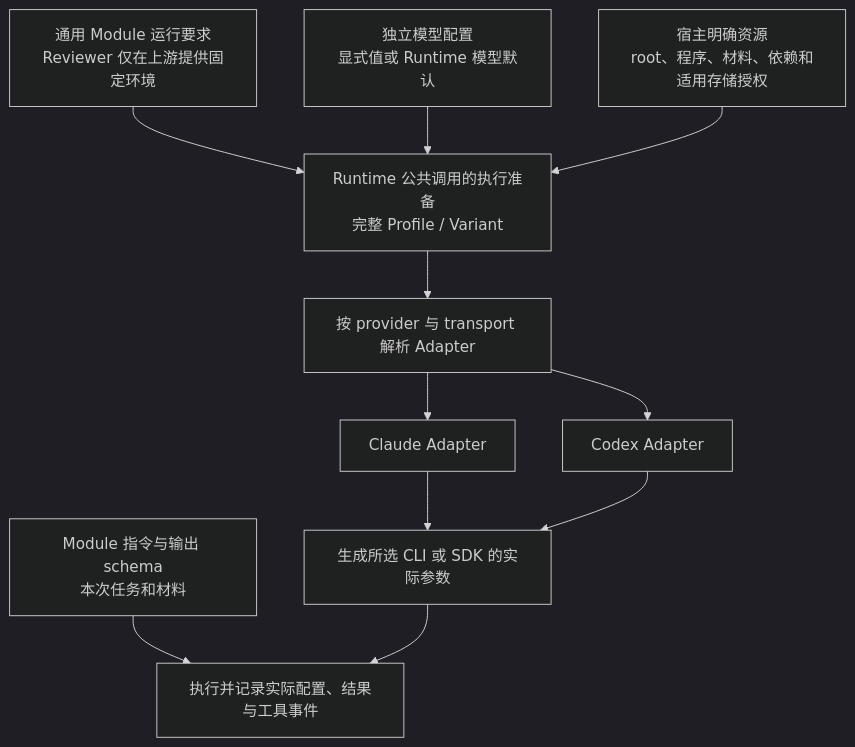
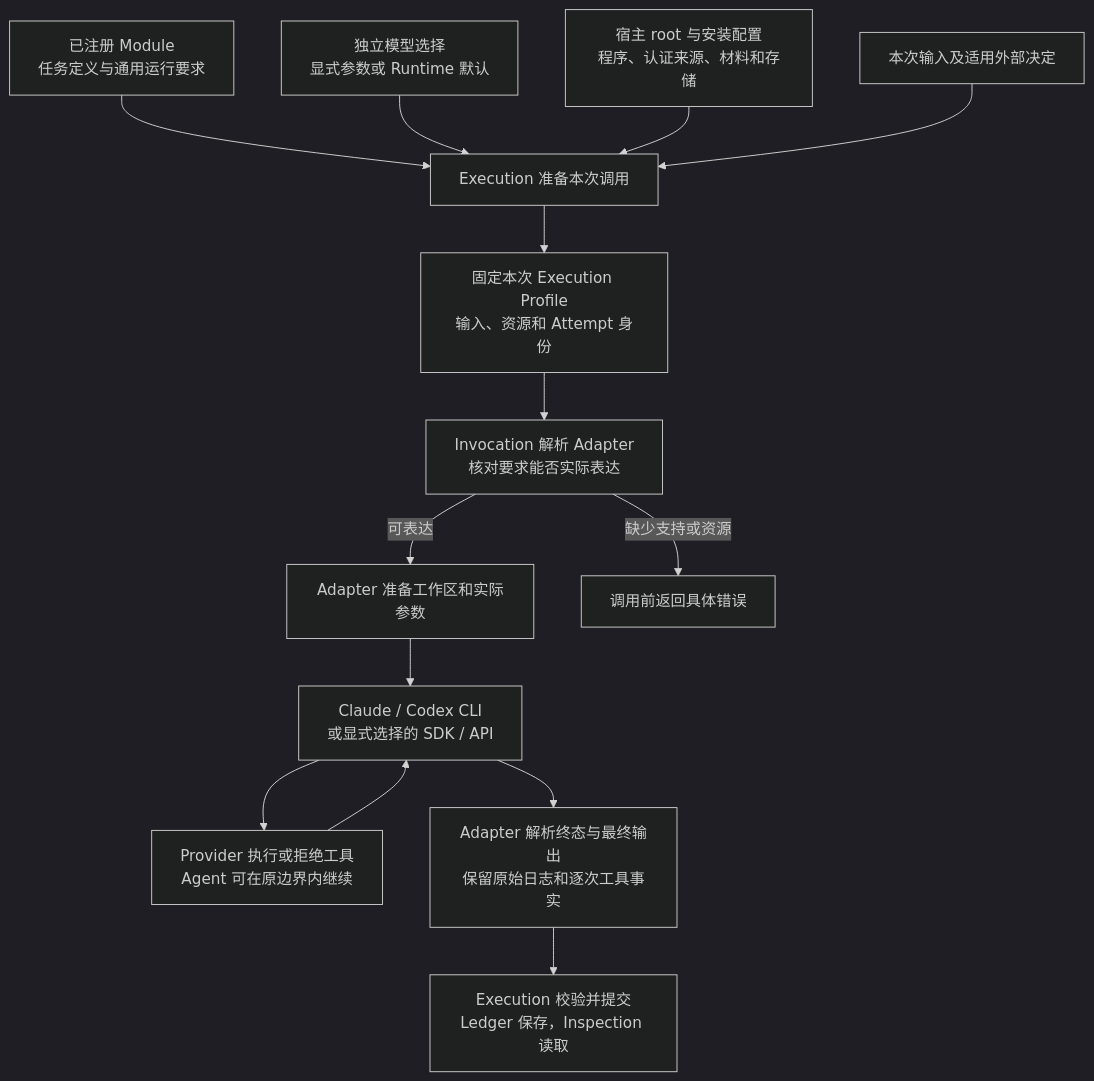
Before and after one commit to bobaoai/agent_runtime: the diagram in src/agent_runtime/design_contract/agent_runtime_08_agent_execution_adapter_contract.md, drawn with Mermaid (dark theme). The commit also changed other lines of this file and 2 other files, not shown here.

Commit message:
docs: define runtime environment and provider adaptation contract

````diff
--- a/src/agent_runtime/design_contract/agent_runtime_08_agent_execution_adapter_contract.md
+++ b/src/agent_runtime/design_contract/agent_runtime_08_agent_execution_adapter_contract.md
@@ -309,13 +34,16 @@
 ```mermaid
 flowchart TD
-    M["通用 Module 运行要求<br/>Reviewer 仅在上游提供固定环境"] --> P["Runtime 公共调用的执行准备<br/>完整 Profile / Variant"]
-    MC["独立模型配置<br/>显式值或 Runtime 模型默认"] --> P
-    P --> R["按 provider 与 transport 解析 Adapter"]
-    R --> C["Claude Adapter"]
-    R --> X["Codex Adapter"]
-    C --> A["生成所选 CLI 或 SDK 的实际参数"]
-    X --> A
-    H["宿主明确资源<br/>root、程序、材料、依赖和适用存储授权"] --> P
-    I["Module 指令与输出 schema<br/>本次任务和材料"] --> E["执行并记录实际配置、结果与工具事件"]
-    A --> E
+    M["已注册 Module<br/>任务定义与通用运行要求"] --> E["Execution 准备本次调用"]
+    C["独立模型选择<br/>显式参数或 Runtime 默认"] --> E
+    H["宿主 root 与安装配置<br/>程序、认证来源、材料和存储"] --> E
+    I["本次输入及适用外部决定"] --> E
+    E --> P["固定本次 Execution Profile<br/>输入、资源和 Attempt 身份"]
+    P --> A["Invocation 解析 Adapter<br/>核对要求能否实际表达"]
+    A -->|可表达| S["Adapter 准备工作区和实际参数"]
+    A -->|缺少支持或资源| F["调用前返回具体错误"]
+    S --> CLI["Claude / Codex CLI<br/>或显式选择的 SDK / API"]
+    CLI --> T["Provider 执行或拒绝工具<br/>Agent 可在原边界内继续"]
+    T --> CLI
+    CLI --> R["Adapter 解析终态与最终输出<br/>保留原始日志和逐次工具事实"]
+    R --> L["Execution 校验并提交<br/>Ledger 保存，Inspection 读取"]
 ```
````
